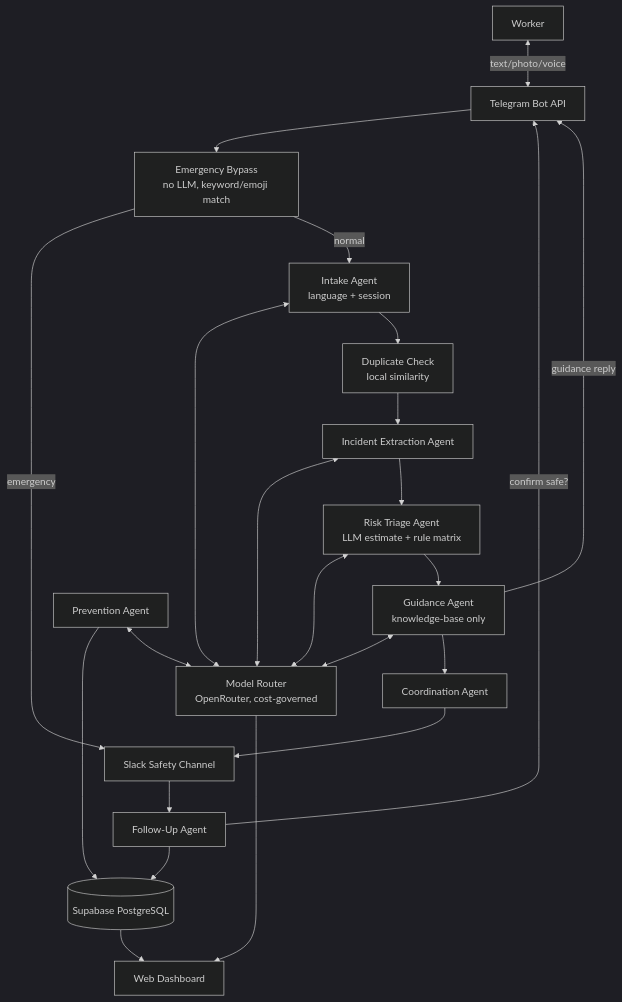
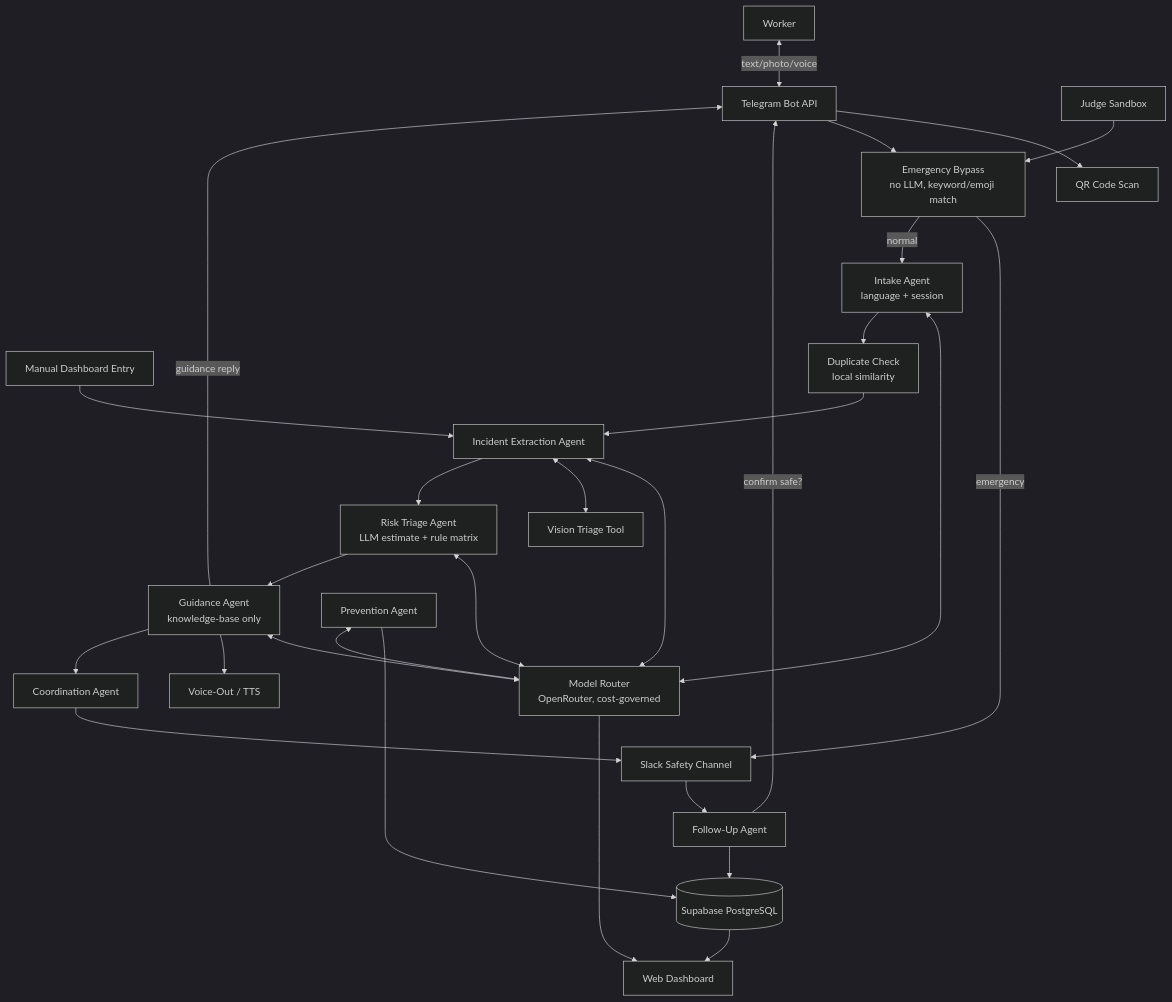
Before and after one commit to divejikan-yuvarajah/agent-kernel-sentinelloop: the diagram in use-cases/sentinelloop-ai/README.md, drawn with Mermaid (dark theme). The commit also changed other lines of this file, not shown here.

````diff
--- a/use-cases/sentinelloop-ai/README.md
+++ b/use-cases/sentinelloop-ai/README.md
@@ -111,41 +110,51 @@
 ```mermaid
 flowchart TD
     U[Worker]
     TG[Telegram Bot API]
+    QR[QR Code Scan]
+    SB[Judge Sandbox]
+    MAN[Manual Dashboard Entry]
     EB[Emergency Bypass\nno LLM, keyword/emoji match]
     IN[Intake Agent\nlanguage + session]
     DUP[Duplicate Check\nlocal similarity]
     IE[Incident Extraction Agent]
     RA[Risk Triage Agent\nLLM estimate + rule matrix]
     GA[Guidance Agent\nknowledge-base only]
+    VOUT[Voice-Out / TTS]
     CA[Coordination Agent]
     SLACK[Slack Safety Channel]
     FU[Follow-Up Agent]
     PA[Prevention Agent]
+    VIS[Vision Triage Tool]
     ROUTER[Model Router\nOpenRouter, cost-governed]
     DB[(Supabase PostgreSQL)]
     DASH[Web Dashboard]
 
     U <-->|text/photo/voice| TG
+    TG --> QR
     TG --> EB
+    SB --> EB
+    MAN --> IE
     EB -->|emergency| SLACK
     EB -->|normal| IN
     IN <--> ROUTER
     IN --> DUP
     DUP --> IE
     IE <--> ROUTER
+    IE <--> VIS
     IE --> RA
     RA <--> ROUTER
     RA --> GA
     GA <--> ROUTER
+    GA --> VOUT
     GA -->|guidance reply| TG
     GA --> CA
     CA --> SLACK
     SLACK --> FU
     FU -->|confirm safe?| TG
     FU --> DB
     PA --> DB
     PA <--> ROUTER
     DB --> DASH
     ROUTER --> DASH
 ```
````
